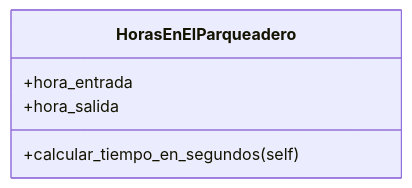
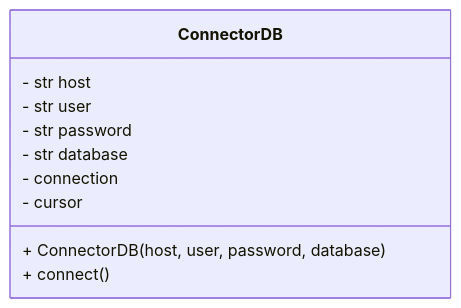
The fourth of 7 diagrams in README.md (Fabian0611/Project_POO), drawn with Mermaid before and after one commit. The commit also changed other lines of this file, not shown here.

````diff
--- a/README.md
+++ b/README.md
@@ -249,8 +215,13 @@
 ``` mermaid
 classDiagram
-    class HorasEnElParqueadero{
-        +hora_entrada
-        +hora_salida
-        +calcular_tiempo_en_segundos(self)
+class ConnectorDB {
+        - str host
+        - str user
+        - str password
+        - str database
+        - connection
+        - cursor
+        + ConnectorDB(host, user, password, database)
+        + connect()
     }
 ```
````
